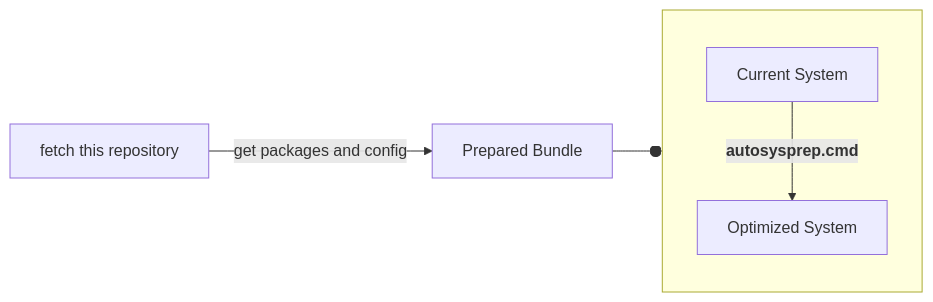
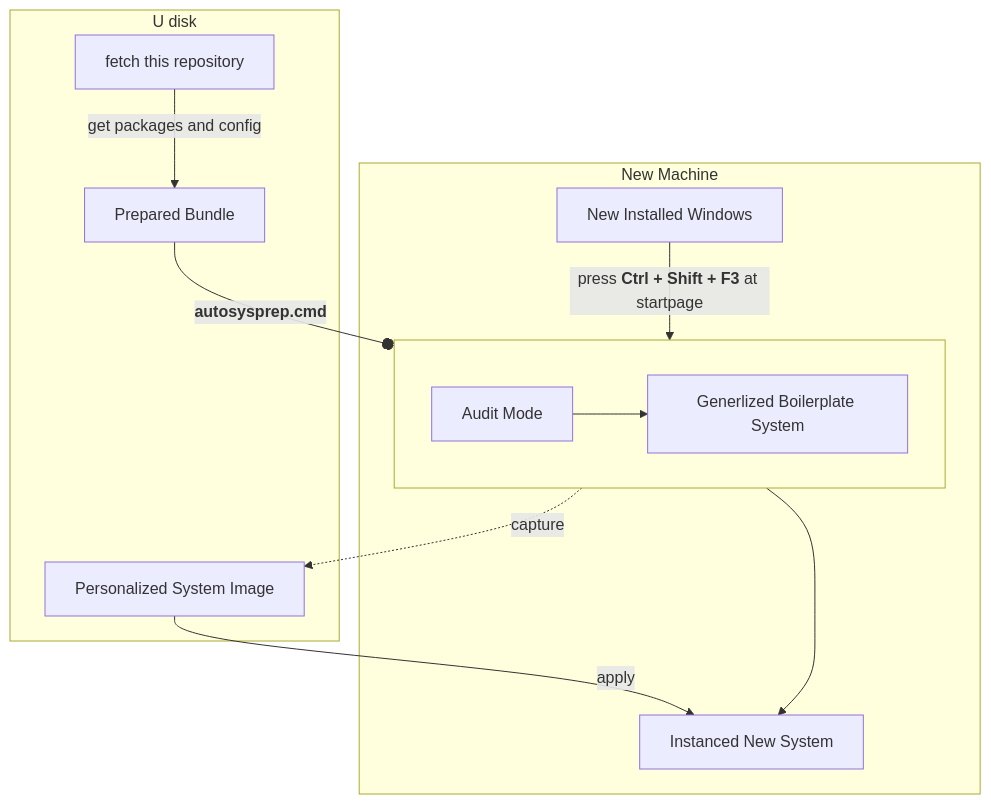
Before and after one commit to neo-sam/mysysprep: the first of 2 diagrams in README.md, drawn with Mermaid. The commit also changed other lines of this file and 36 other files, not shown here.

````diff
--- a/README.md
+++ b/README.md
@@ -39,8 +20,18 @@
 ```mermaid
-flowchart LR
-  fetch[fetch this repository] -- get packages and config --> bundle[Prepared Bundle]
-  subgraph config [ ]
-      old[Current System] -- <b>autosysprep.cmd</b> --> new[Optimized System]
+flowchart TD
+  subgraph target [New Machine]
+    newsys[New Installed Windows] -- press <b>Ctrl + Shift + F3</b> at startpage --> auditmode[Audit Mode]
+    subgraph sysprep [ ]
+      direction LR
+      auditmode --> generlized[Generlized Boilerplate System]
+    end
+    instance[Instanced New System]
   end
-  bundle --o config
+  subgraph U disk
+    fetch[fetch this repository] -- get packages and config --> bundle[Prepared Bundle]
+    generlized -. capture .-> image[Personalized System Image]
+  end
+  bundle -- <b>autosysprep.cmd</b> --o sysprep
+  generlized --> instance
+  image -- apply --> instance
 ```
````
